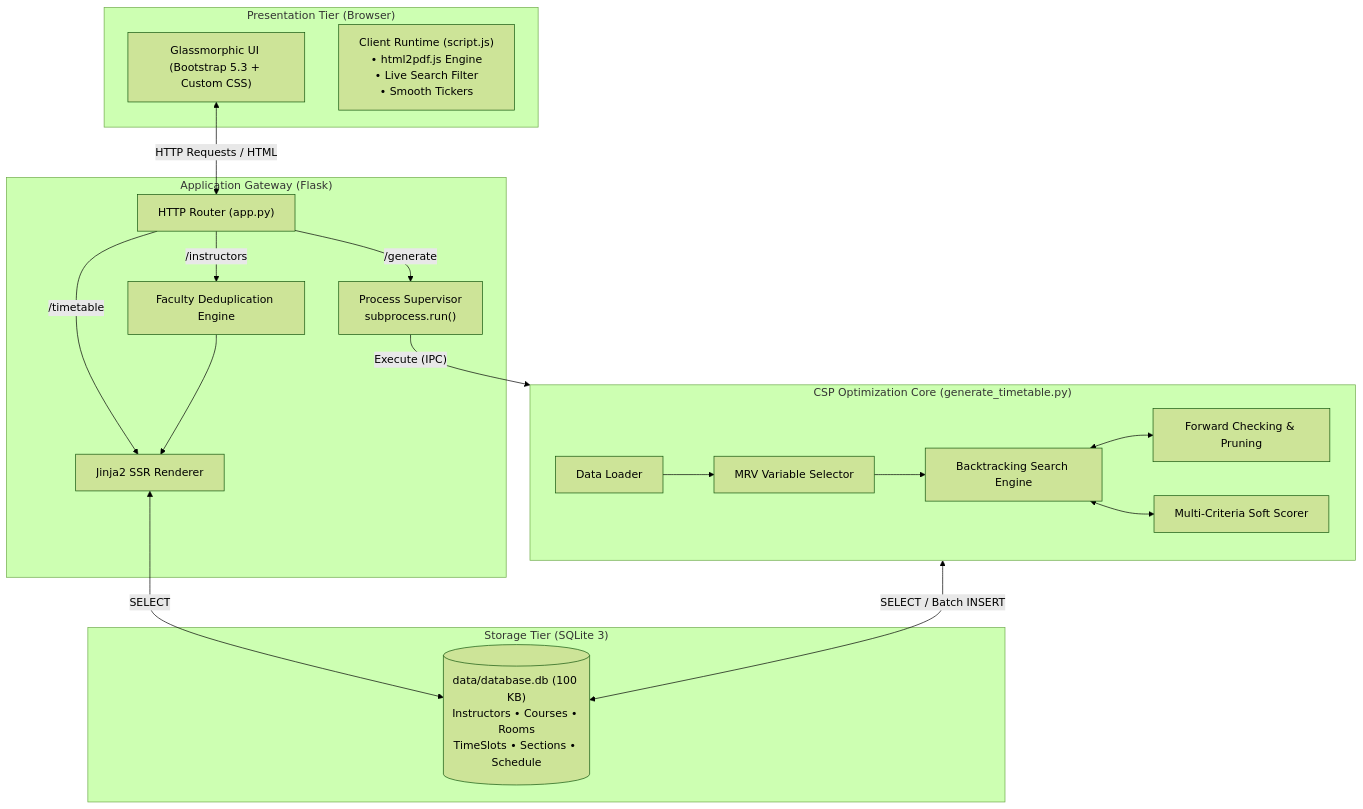
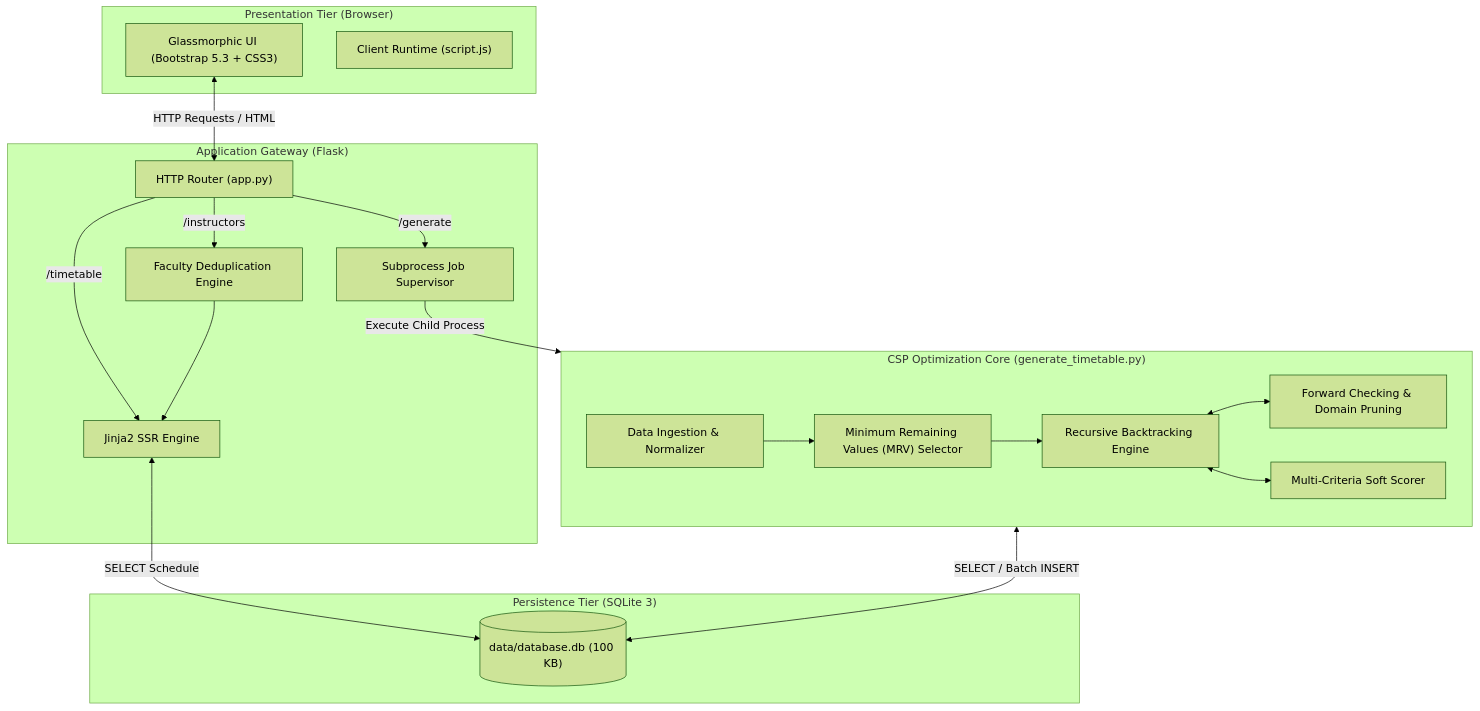
The first of 4 diagrams in README.md (Mohamed-Abdelaty/AI-EJUST-Timetable-Creator), drawn with Mermaid (forest theme) before and after one commit. The commit also changed other lines of this file, not shown here.

Commit message:
docs: overhaul README with GFM-compliant layout, ASCII charts, and E-JUST branding

````diff
--- a/README.md
+++ b/README.md
@@ -138,37 +135,37 @@
 ```mermaid
 flowchart TD
     subgraph Client["Presentation Tier (Browser)"]
-        UI["Glassmorphic UI (Bootstrap 5.3 + Custom CSS)"]
-        JS["Client Runtime (script.js)<br/>• html2pdf.js Engine<br/>• Live Search Filter<br/>• Smooth Tickers"]
+        UI["Glassmorphic UI (Bootstrap 5.3 + CSS3)"]
+        JS["Client Runtime (script.js)"]
     end
 
     subgraph WebServer["Application Gateway (Flask)"]
         Router["HTTP Router (app.py)"]
-        Subprocess["Process Supervisor<br/>subprocess.run()"]
-        Filter["Faculty Deduplication Engine"]
-        Jinja["Jinja2 SSR Renderer"]
+        Subprocess["Subprocess Job Supervisor"]
+        Deduplicator["Faculty Deduplication Engine"]
+        Jinja["Jinja2 SSR Engine"]
     end
 
     subgraph Engine["CSP Optimization Core (generate_timetable.py)"]
-        Loader["Data Loader"]
-        MRV["MRV Variable Selector"]
-        FC["Forward Checking & Pruning"]
-        SoftScore["Multi-Criteria Soft Scorer"]
-        Backtrack["Backtracking Search Engine"]
+        Loader["Data Ingestion & Normalizer"]
+        MRV["Minimum Remaining Values (MRV) Selector"]
+        FC["Forward Checking & Domain Pruning"]
+        SoftScorer["Multi-Criteria Soft Scorer"]
+        Solver["Recursive Backtracking Engine"]
     end
 
-    subgraph Persistence["Storage Tier (SQLite 3)"]
-        DB[("data/database.db (100 KB)<br/>Instructors • Courses • Rooms<br/>TimeSlots • Sections • Schedule")]
+    subgraph Storage["Persistence Tier (SQLite 3)"]
+        DB[("data/database.db (100 KB)")]
     end
 
     UI <-->|"HTTP Requests / HTML"| Router
     Router -->|"/generate"| Subprocess
-    Subprocess -->|"Execute (IPC)"| Engine
+    Subprocess -->|"Execute Child Process"| Engine
     Router -->|"/timetable"| Jinja
-    Router -->|"/instructors"| Filter --> Jinja
-    Jinja <-->|"SELECT"| DB
+    Router -->|"/instructors"| Deduplicator --> Jinja
+    Jinja <-->|"SELECT Schedule"| DB
     Engine <-->|"SELECT / Batch INSERT"| DB
-    Loader --> MRV --> Backtrack
-    Backtrack <--> FC
-    Backtrack <--> SoftScore
+    Loader --> MRV --> Solver
+    Solver <--> FC
+    Solver <--> SoftScorer
 ```
````
